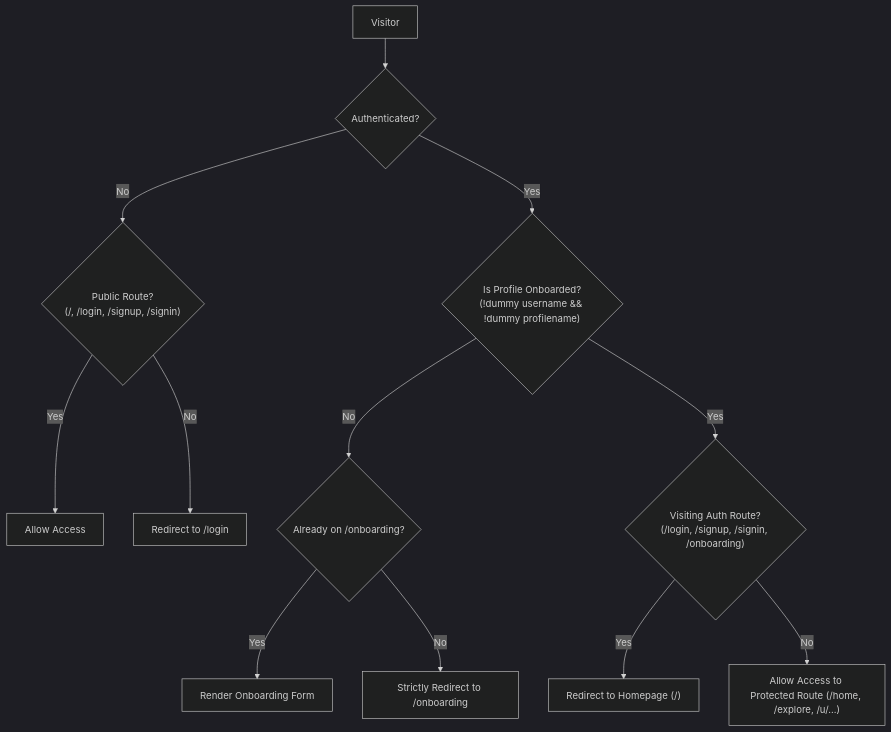
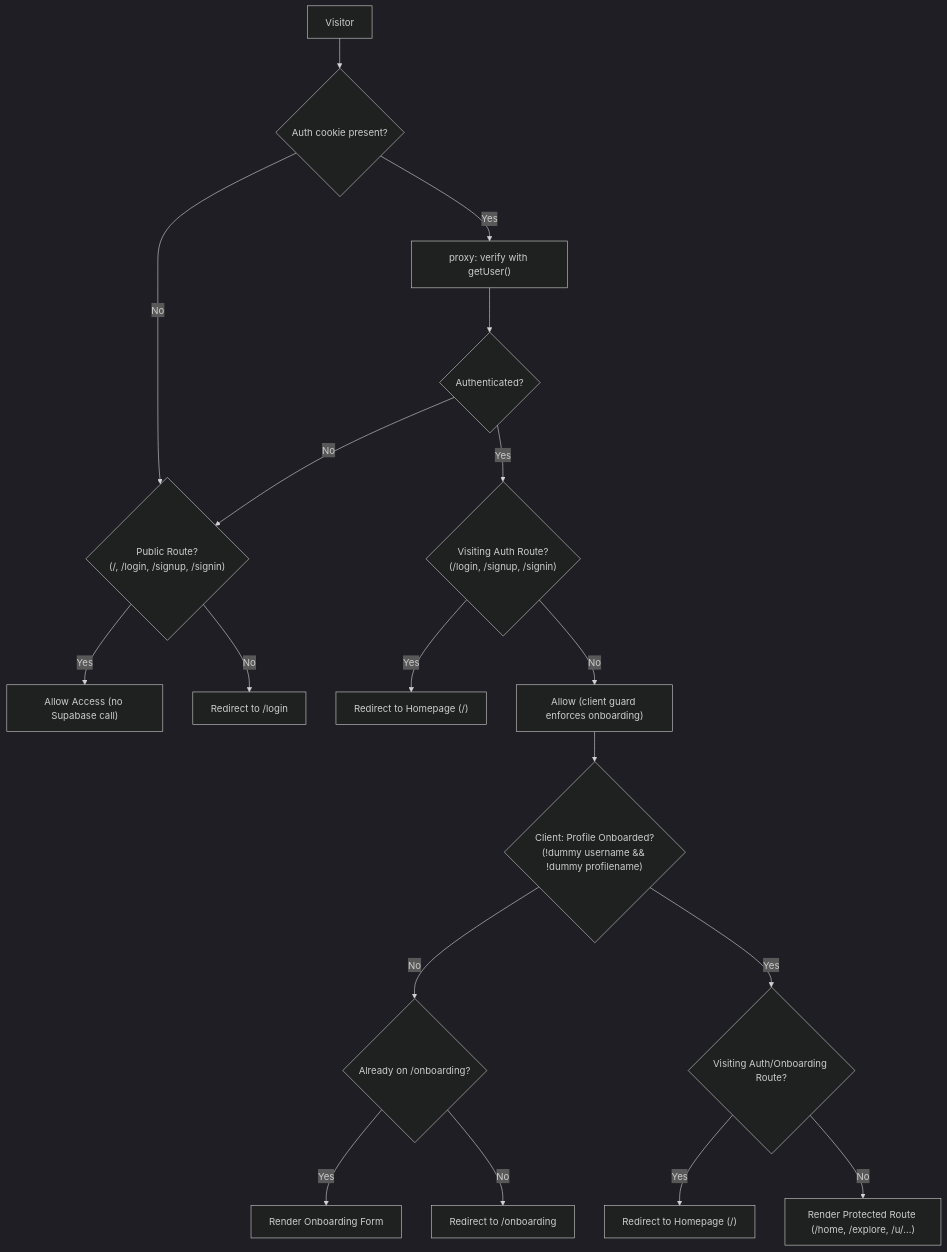
The diagram in memory.md (HasanKabir223/Plus1), drawn with Mermaid (dark theme) before and after one commit. The commit also changed other lines of this file and 10 other files, not shown here.

First line of the commit message:
feat(feed): posts timeline with hosted public.posts

````diff
--- a/memory.md
+++ b/memory.md
@@ -135,16 +140,22 @@
 ```mermaid
 flowchart TD
-    A["Visitor"] --> B{"Authenticated?"}
+    A["Visitor"] --> B{"Auth cookie present?"}
     B -->|"No"| C{"Public Route?\n(/, /login, /signup, /signin)"}
-    C -->|"Yes"| D["Allow Access"]
+    C -->|"Yes"| D["Allow Access (no Supabase call)"]
     C -->|"No"| E["Redirect to /login"]
 
-    B -->|"Yes"| F{"Is Profile Onboarded?\n(!dummy username && !dummy profilename)"}
-    F -->|"No"| G{"Already on /onboarding?"}
-    G -->|"Yes"| H["Render Onboarding Form"]
-    G -->|"No"| I["Strictly Redirect to /onboarding"]
+    B -->|"Yes"| F["proxy: verify with getUser()"]
+    F --> G{"Authenticated?"}
+    G -->|"No"| C
+    G -->|"Yes"| H{"Visiting Auth Route?\n(/login, /signup, /signin)"}
+    H -->|"Yes"| I["Redirect to Homepage (/)"]
+    H -->|"No"| J["Allow (client guard enforces onboarding)"]
 
-    F -->|"Yes"| J{"Visiting Auth Route?\n(/login, /signup, /signin, /onboarding)"}
-    J -->|"Yes"| K["Redirect to Homepage (/)"]
-    J -->|"No"| L["Allow Access to Protected Route (/home, /explore, /u/...)"]
+    J --> K{"Client: Profile Onboarded?\n(!dummy username && !dummy profilename)"}
+    K -->|"No"| L{"Already on /onboarding?"}
+    L -->|"Yes"| M["Render Onboarding Form"]
+    L -->|"No"| N["Redirect to /onboarding"]
+    K -->|"Yes"| O{"Visiting Auth/Onboarding Route?"}
+    O -->|"Yes"| P["Redirect to Homepage (/)"]
+    O -->|"No"| Q["Render Protected Route (/home, /explore, /u/...)"]
 ```
````
